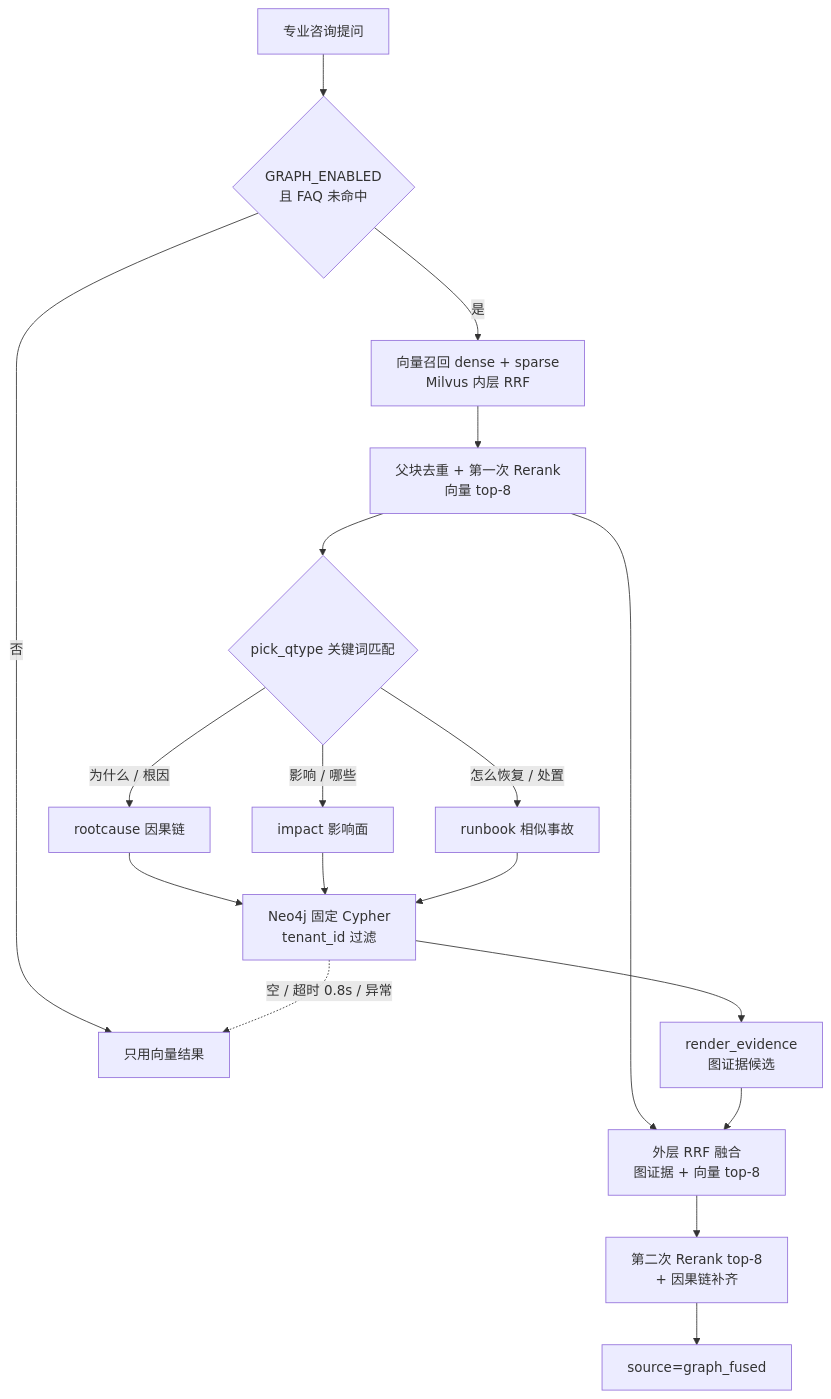
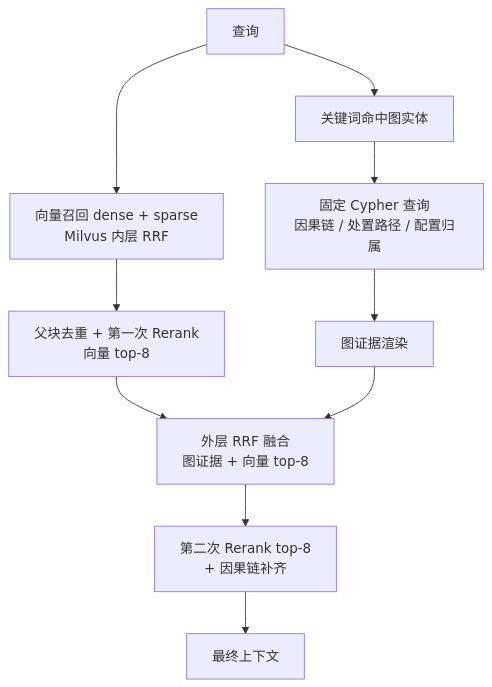
Before and after one commit to chengyan0079/multi-tenant-rag-platform: the third of 4 diagrams in README.md, drawn with Mermaid. The commit also changed other lines of this file and 76 other files, not shown here.

````diff
--- a/README.md
+++ b/README.md
@@ -100,18 +72,12 @@
 ```mermaid
 flowchart TD
-    A["专业咨询提问"] --> B{"GRAPH_ENABLED<br/>且 FAQ 未命中"}
-    B -->|否| C["只用向量结果"]
-    B -->|是| V["向量召回 dense + sparse<br/>Milvus 内层 RRF"]
-    V --> R1["父块去重 + 第一次 Rerank<br/>向量 top-8"]
-    R1 --> D{"pick_qtype 关键词匹配"}
-    D -->|为什么 / 根因| E1["rootcause 因果链"]
-    D -->|影响 / 哪些| E2["impact 影响面"]
-    D -->|怎么恢复 / 处置| E3["runbook 相似事故"]
-    E1 & E2 & E3 --> F["Neo4j 固定 Cypher<br/>tenant_id 过滤"]
-    F --> G["render_evidence<br/>图证据候选"]
-    R1 --> H["外层 RRF 融合<br/>图证据 + 向量 top-8"]
+    Q[查询] --> V[向量召回 dense + sparse<br/>Milvus 内层 RRF]
+    V --> R1[父块去重 + 第一次 Rerank<br/>向量 top-8]
+    Q --> K[关键词命中图实体]
+    K --> C[固定 Cypher 查询<br/>因果链 / 处置路径 / 配置归属]
+    C --> G[图证据渲染]
+    R1 --> H[外层 RRF 融合<br/>图证据 + 向量 top-8]
     G --> H
-    H --> I["第二次 Rerank top-8<br/>+ 因果链补齐"]
-    I --> J["source=graph_fused"]
-    F -.->|空 / 超时 0.8s / 异常| C
+    H --> I[第二次 Rerank top-8<br/>+ 因果链补齐]
+    I --> O[最终上下文]
 ```
````
